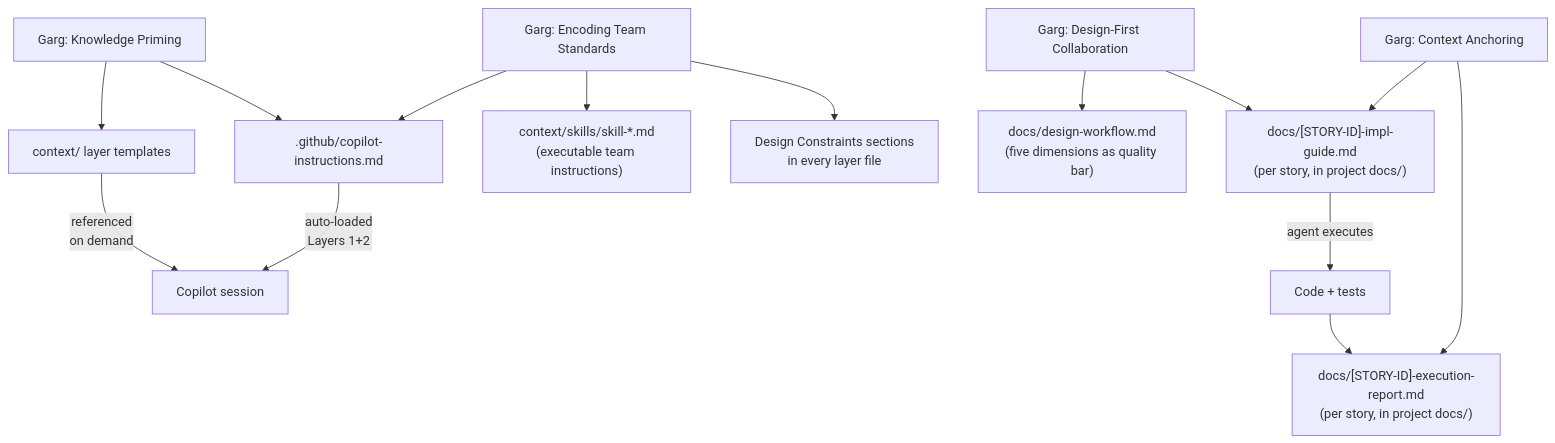
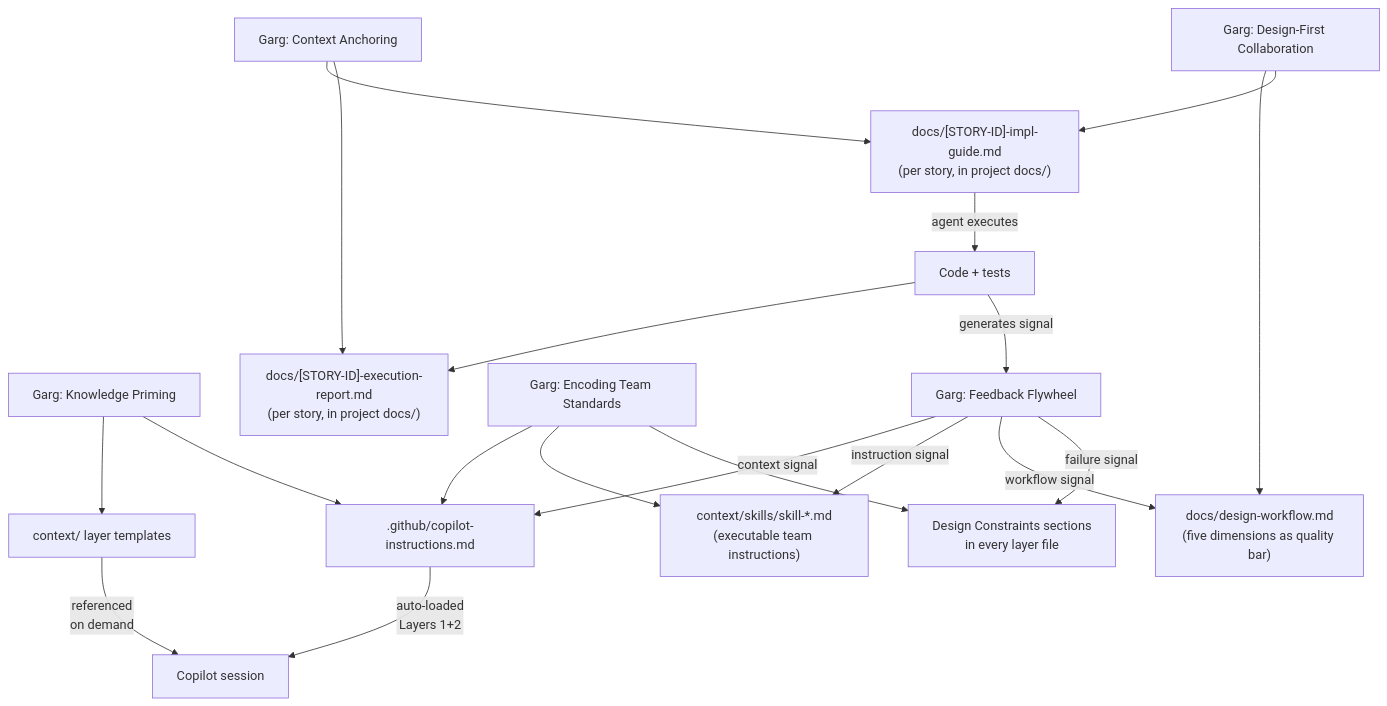
One commit to andresdiegolanda/design-first-ai changed the first of 6 diagrams in docs/garg-mapping.md. Above: the diagram before and after it, drawn with Mermaid. The commit also changed other lines of this file and 5 other files, not shown here.

First line of the commit message:
feat: integrate Pattern 5 — Feedback Flywheel (Garg, 8 Apr 2026)

````diff
--- a/docs/garg-mapping.md
+++ b/docs/garg-mapping.md
@@ -24,20 +25,26 @@
 ```mermaid
 graph TD
     A["Garg: Knowledge Priming"] --> B["context/ layer templates"]
     A --> C[".github/copilot-instructions.md"]
 
     D["Garg: Design-First Collaboration"] --> E["docs/design-workflow.md\n(five dimensions as quality bar)"]
     D --> F["docs/[STORY-ID]-impl-guide.md\n(per story, in project docs/)"]
 
     G["Garg: Context Anchoring"] --> F
     G --> H["docs/[STORY-ID]-execution-report.md\n(per story, in project docs/)"]
 
     TS["Garg: Encoding Team Standards"] --> C
     TS --> SK["context/skills/skill-*.md\n(executable team instructions)"]
     TS --> DC["Design Constraints sections\nin every layer file"]
 
+    FF["Garg: Feedback Flywheel"] -->|"context signal"| C
+    FF -->|"instruction signal"| SK
+    FF -->|"workflow signal"| E
+    FF -->|"failure signal"| DC
+
     C -->|"auto-loaded\nLayers 1+2"| I["Copilot session"]
     B -->|"referenced\non demand"| I
     F -->|"agent executes"| J["Code + tests"]
     J --> H
+    J -->|"generates signal"| FF
 ```
````
